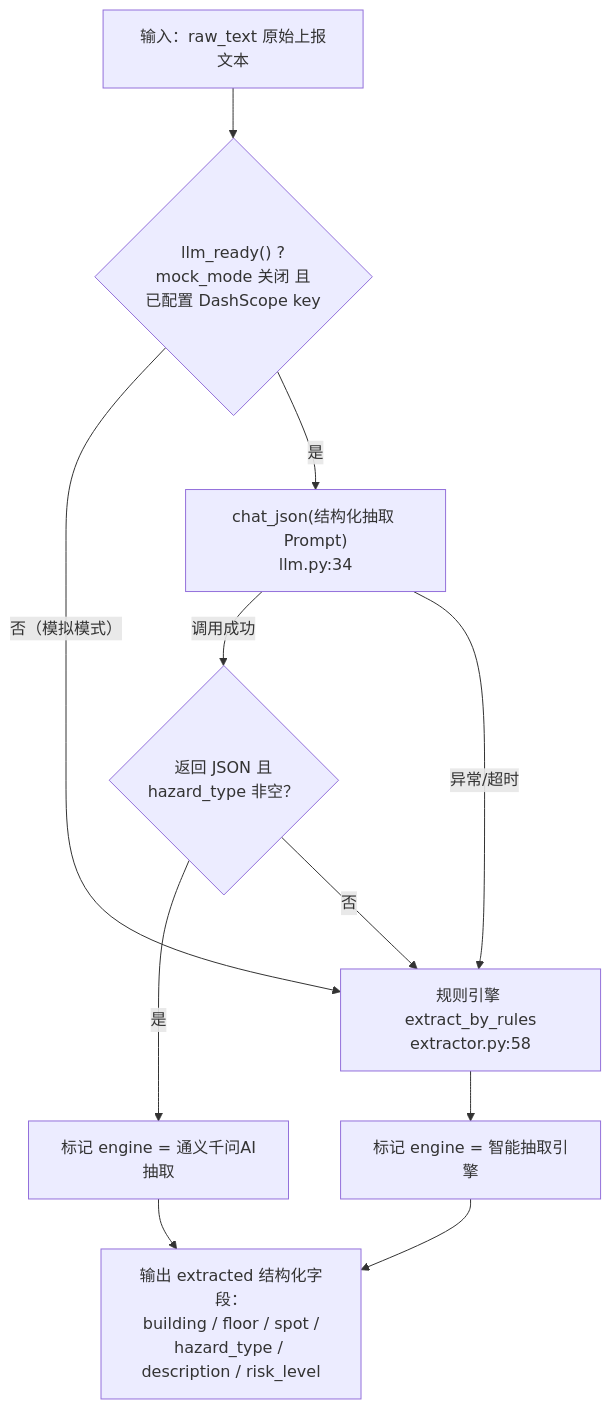
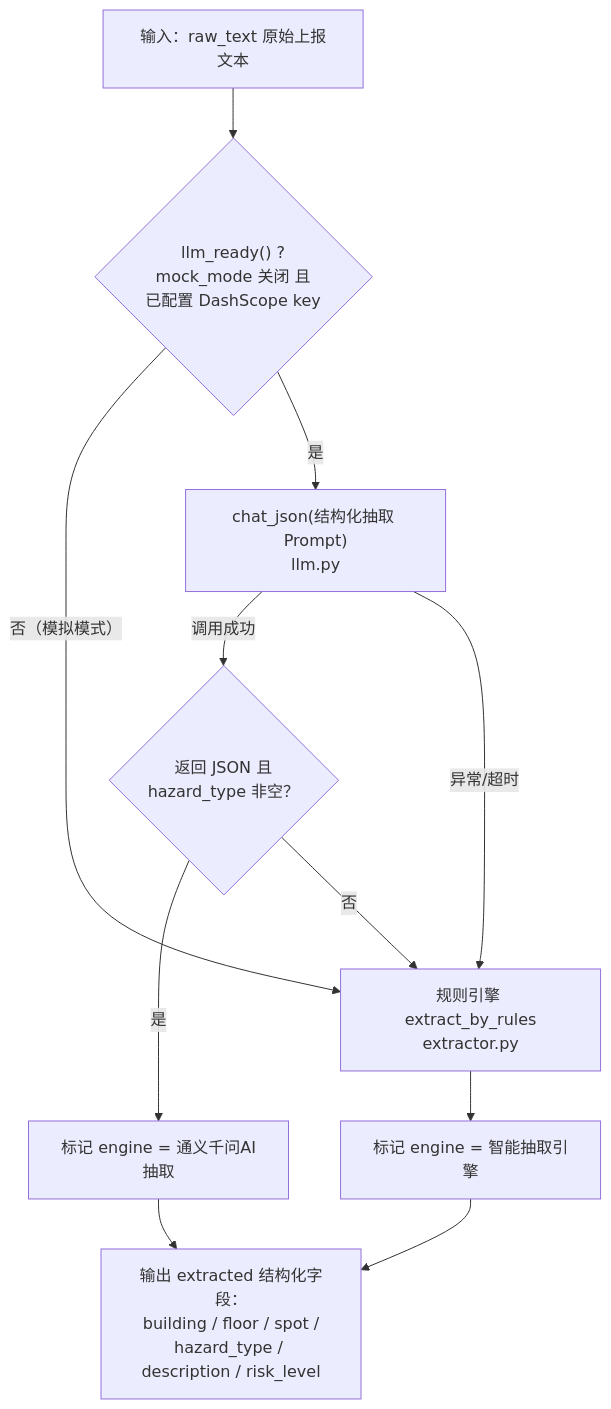
Before and after one commit to pandaadsas/zhuan-cloud: the second of 8 diagrams in docs/隐患上报Agent主链路说明.md, drawn with Mermaid. The commit also changed other lines of this file and 5 other files, not shown here.

````diff
--- a/docs/隐患上报Agent主链路说明.md
+++ b/docs/隐患上报Agent主链路说明.md
@@ -56,13 +56,13 @@
 ```mermaid
 flowchart TD
     A["输入：raw_text 原始上报文本"] --> B{"llm_ready() ?<br/>mock_mode 关闭 且<br/>已配置 DashScope key"}
-    B -- "否（模拟模式）" --> R["规则引擎 extract_by_rules<br/>extractor.py:58"]
-    B -- 是 --> C["chat_json(结构化抽取 Prompt)<br/>llm.py:34"]
+    B -- "否（模拟模式）" --> R["规则引擎 extract_by_rules<br/>extractor.py"]
+    B -- 是 --> C["chat_json(结构化抽取 Prompt)<br/>llm.py"]
     C -- "调用成功" --> D{"返回 JSON 且<br/>hazard_type 非空？"}
     C -- "异常/超时" --> R
     D -- 是 --> E["标记 engine = 通义千问AI抽取"]
     D -- 否 --> R
     R --> F["标记 engine = 智能抽取引擎"]
     E --> G["输出 extracted 结构化字段：<br/>building / floor / spot /<br/>hazard_type / description / risk_level"]
     F --> G
 ```
````
